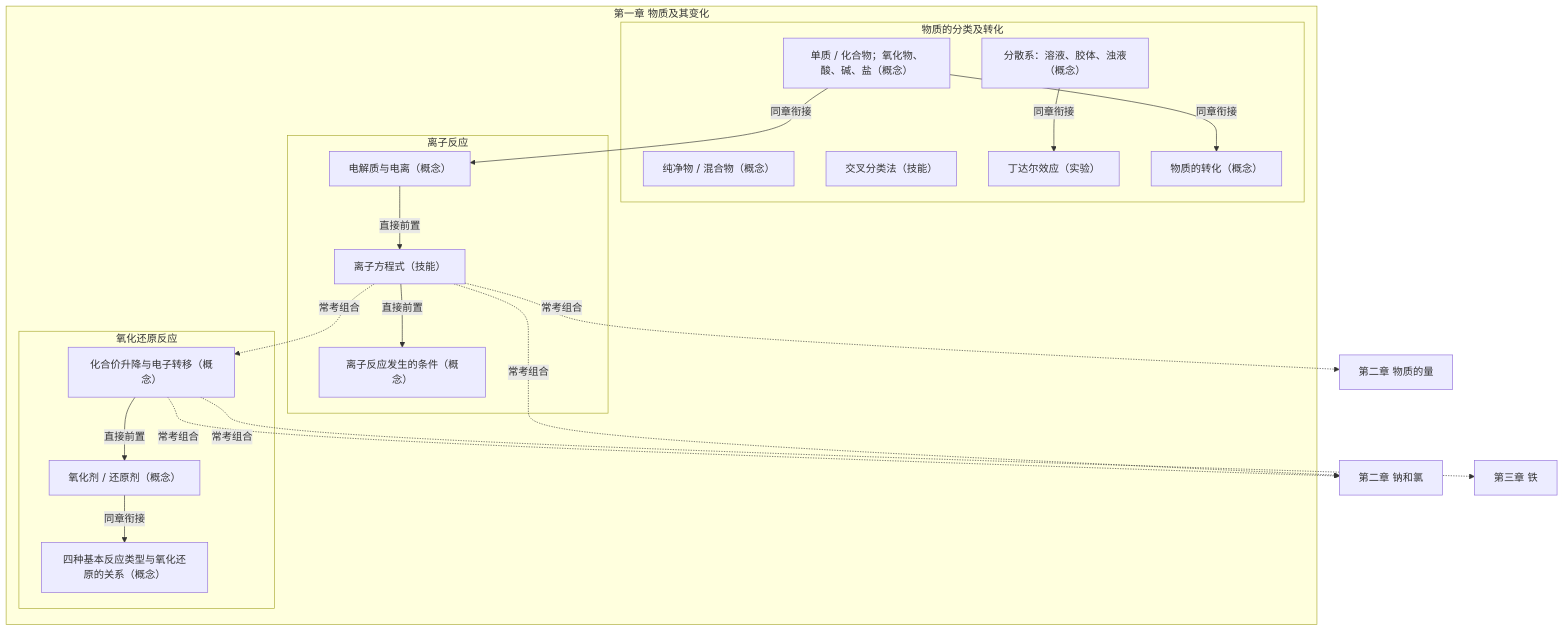
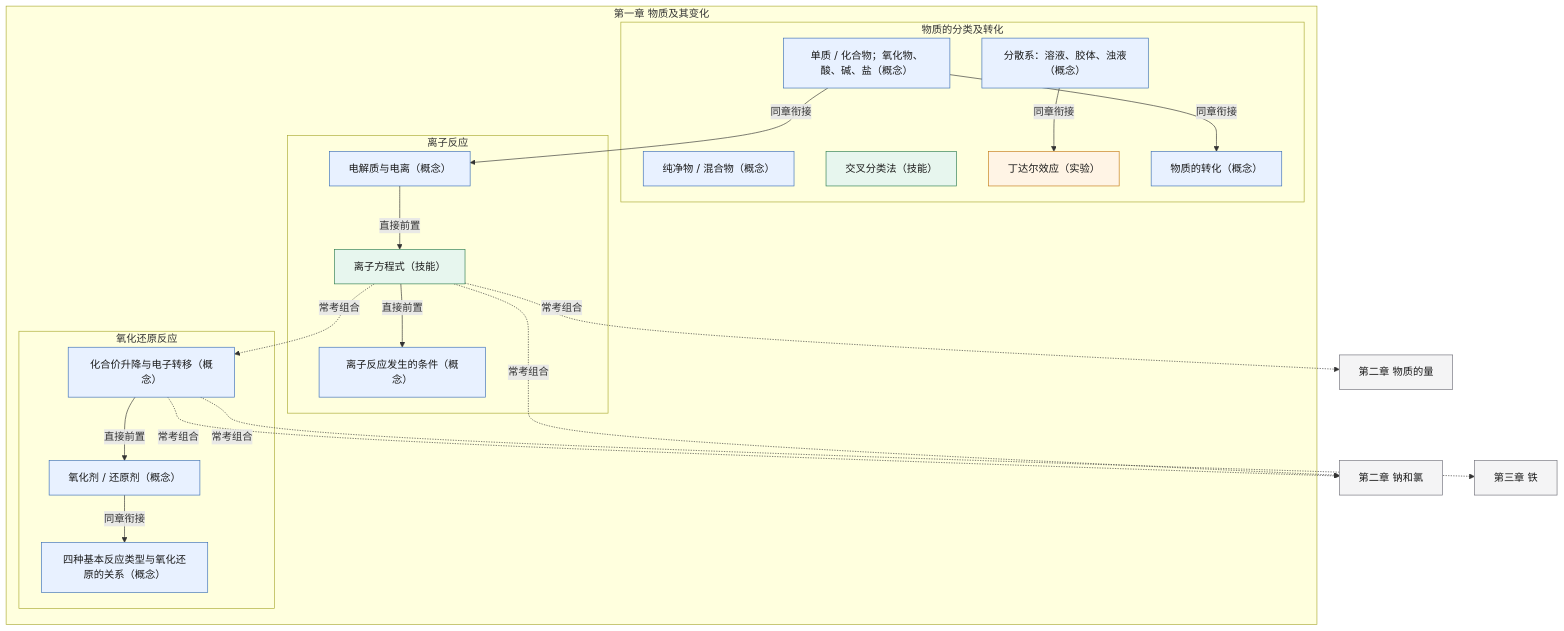
Before and after one commit to lihenair/high-school-ai-tutor-skill: the first of 2 diagrams in README.md, drawn with Mermaid. The commit also changed other lines of this file and 14 other files, not shown here.

````diff
--- a/README.md
+++ b/README.md
@@ -17,38 +17,42 @@
 ```mermaid
 flowchart TD
+  classDef concept fill:#E8F1FF,stroke:#3B6FB6,color:#1A1A1A
+  classDef skill fill:#E7F6EE,stroke:#2E7D4F,color:#1A1A1A
+  classDef experiment fill:#FFF4E5,stroke:#C47B17,color:#1A1A1A
+  classDef later fill:#F4F4F5,stroke:#71717A,color:#1A1A1A
   subgraph ch1["第一章 物质及其变化"]
     subgraph s1["物质的分类及转化"]
-      mix["纯净物 / 混合物（概念）"]
-      compound["单质 / 化合物；氧化物、酸、碱、盐（概念）"]
-      cross["交叉分类法（技能）"]
-      colloid["分散系：溶液、胶体、浊液（概念）"]
-      tyndall["丁达尔效应（实验）"]
-      transform["物质的转化（概念）"]
+      mix["纯净物 / 混合物（概念）"]:::concept
+      compound["单质 / 化合物；氧化物、酸、碱、盐（概念）"]:::concept
+      cross["交叉分类法（技能）"]:::skill
+      colloid["分散系：溶液、胶体、浊液（概念）"]:::concept
+      tyndall["丁达尔效应（实验）"]:::experiment
+      transform["物质的转化（概念）"]:::concept
     end
     subgraph s2["离子反应"]
-      ionize["电解质与电离（概念）"]
-      ionEq["离子方程式（技能）"]
-      ionCond["离子反应发生的条件（概念）"]
+      ionize["电解质与电离（概念）"]:::concept
+      ionEq["离子方程式（技能）"]:::skill
+      ionCond["离子反应发生的条件（概念）"]:::concept
     end
     subgraph s3["氧化还原反应"]
-      valence["化合价升降与电子转移（概念）"]
-      agent["氧化剂 / 还原剂（概念）"]
-      basic4["四种基本反应类型与氧化还原的关系（概念）"]
+      valence["化合价升降与电子转移（概念）"]:::concept
+      agent["氧化剂 / 还原剂（概念）"]:::concept
+      basic4["四种基本反应类型与氧化还原的关系（概念）"]:::concept
     end
   end
-  ch2["第二章 钠和氯"]
-  ch2n["第二章 物质的量"]
-  ch3["第三章 铁"]
+  ch2["第二章 钠和氯"]:::later
+  ch2n["第二章 物质的量"]:::later
+  ch3["第三章 铁"]:::later
   compound -->|同章衔接| transform
   colloid -->|同章衔接| tyndall
   compound -->|同章衔接| ionize
   ionize -->|直接前置| ionEq
   ionEq -->|直接前置| ionCond
   valence -->|直接前置| agent
   agent -->|同章衔接| basic4
   ionEq -.->|常考组合| valence
   ionEq -.->|常考组合| ch2
   valence -.->|常考组合| ch2
   valence -.->|常考组合| ch3
   ionEq -.->|常考组合| ch2n
 ```
````
